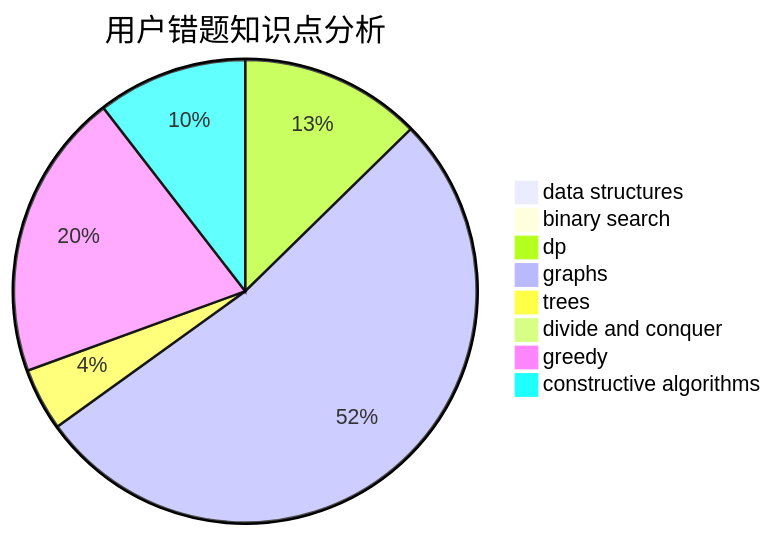
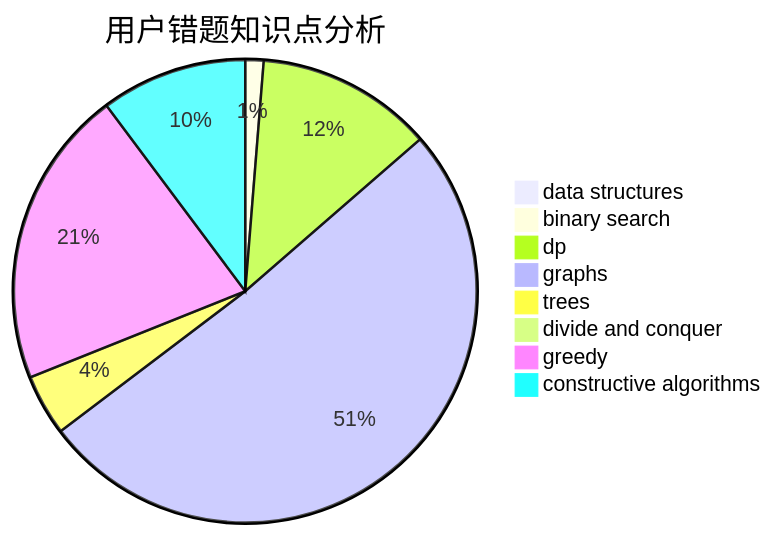
Before and after one commit to sherpahu/cfrs.github.io: the third of 3 diagrams in docs/user/u1392.md, drawn with Mermaid. The commit also changed other lines of this file and 2770 other files, not shown here.

````diff
--- a/docs/user/u1392.md
+++ b/docs/user/u1392.md
@@ -36,11 +36,11 @@
 ```mermaid
 pie title 用户错题知识点分析
     "data structures" :  0
-    "binary search" :  0
+    "binary search" :  3
     "dp" :  29
     "graphs" :  120
     "trees" :  10
     "divide and conquer" :  0
-    "greedy" :  46
+    "greedy" :  49
     "constructive algorithms" :  24
 ```
````
